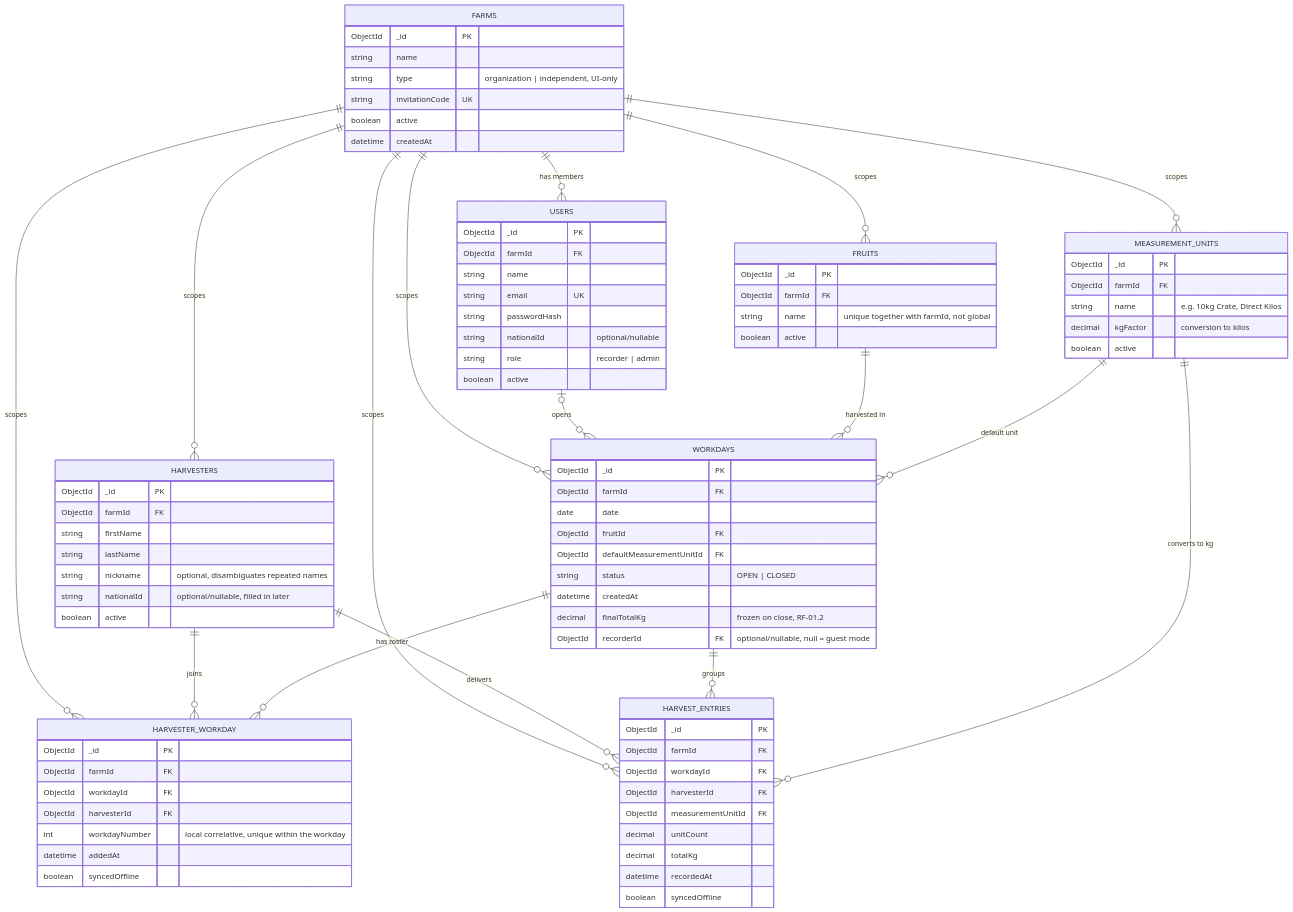
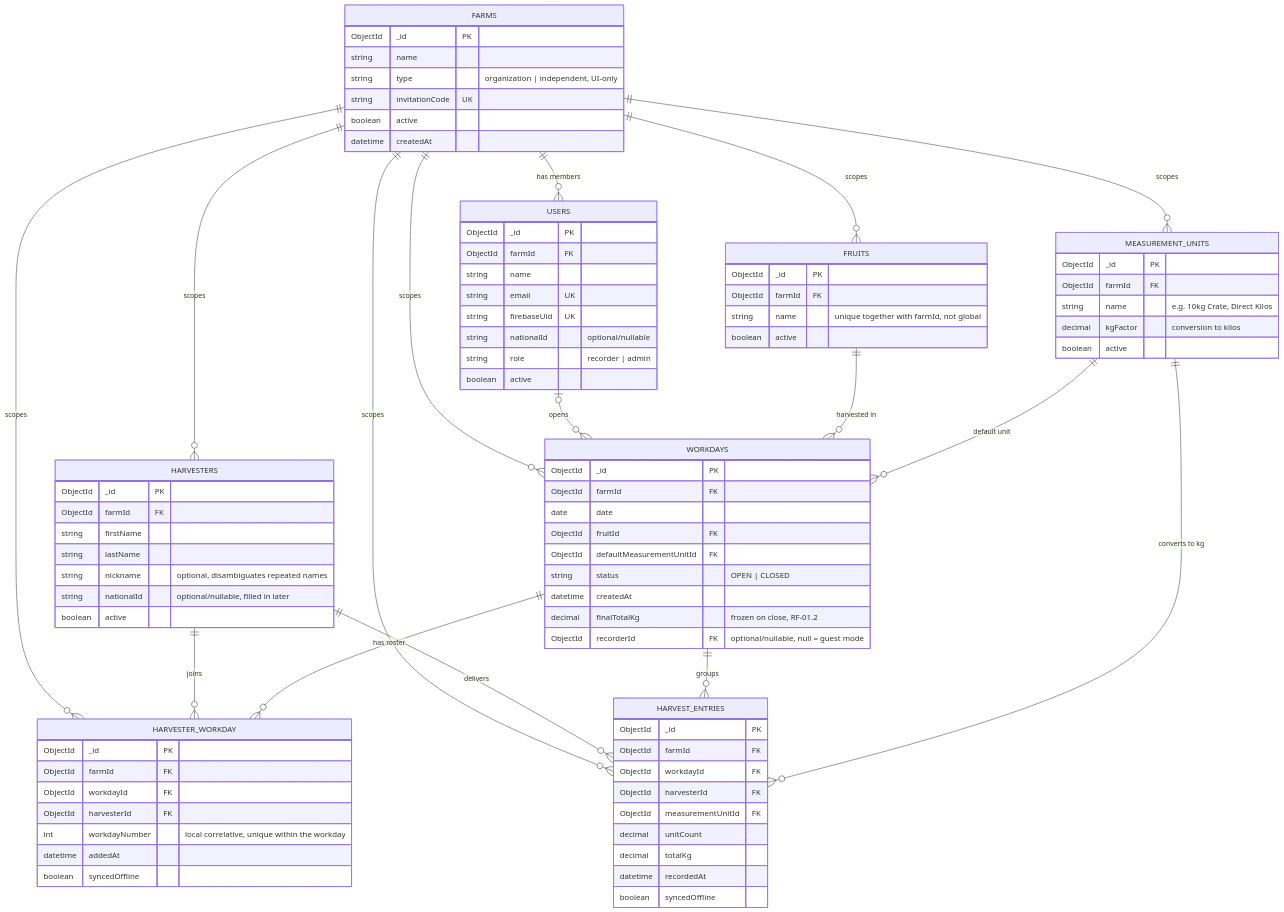
The diagram in docs/diagrams/modelo-datos.md (ignaciooocs/NovaFarm), drawn with Mermaid before and after one commit. The commit also changed other lines of this file and 3 other files, not shown here.

First line of the commit message:
docs: sync data-model docs with firebaseUid, fix stale /farms comment

```diff
--- a/docs/diagrams/modelo-datos.md
+++ b/docs/diagrams/modelo-datos.md
@@ -36,7 +36,7 @@
         ObjectId farmId FK
         string name
         string email UK
-        string passwordHash
+        string firebaseUid UK
         string nationalId "optional/nullable"
         string role "recorder | admin"
         boolean active
```
